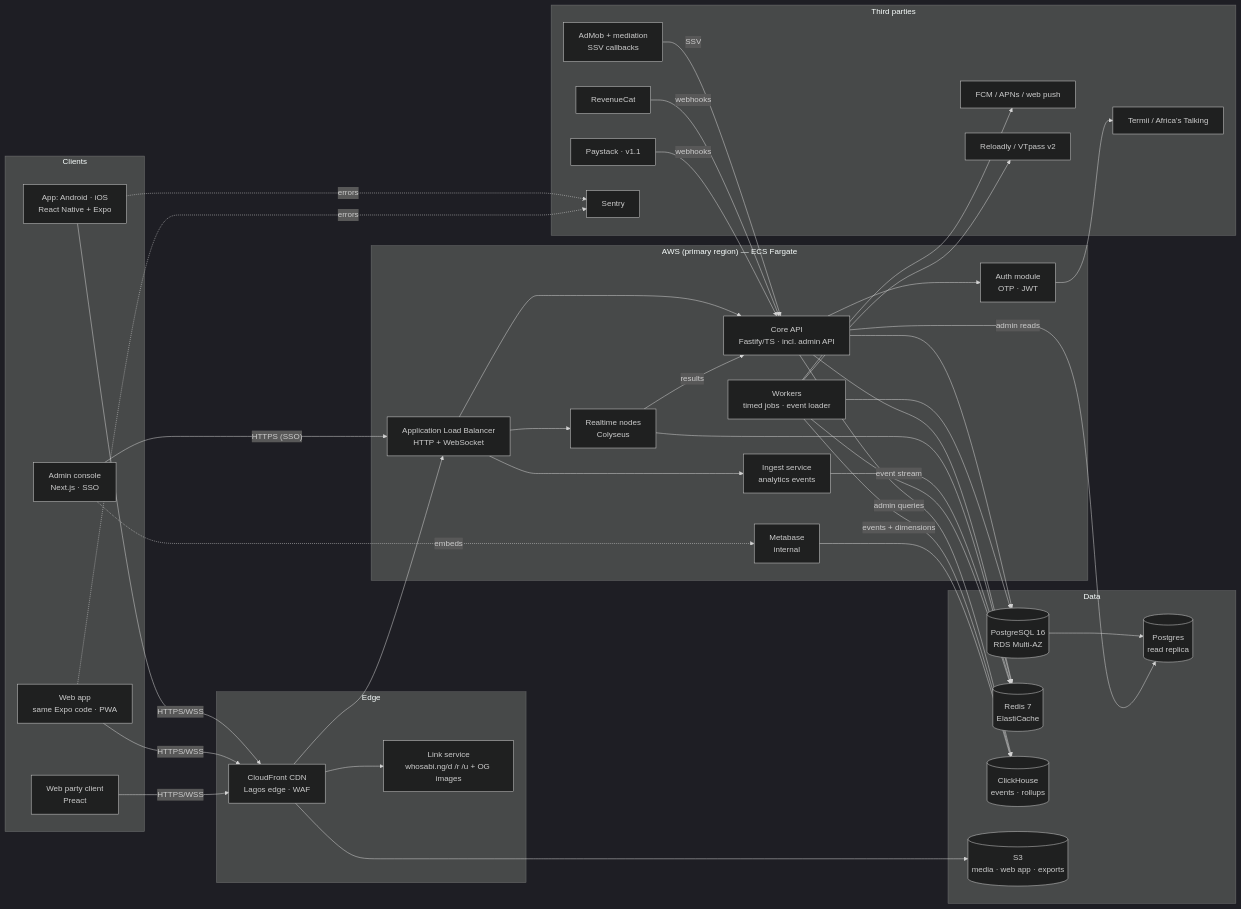
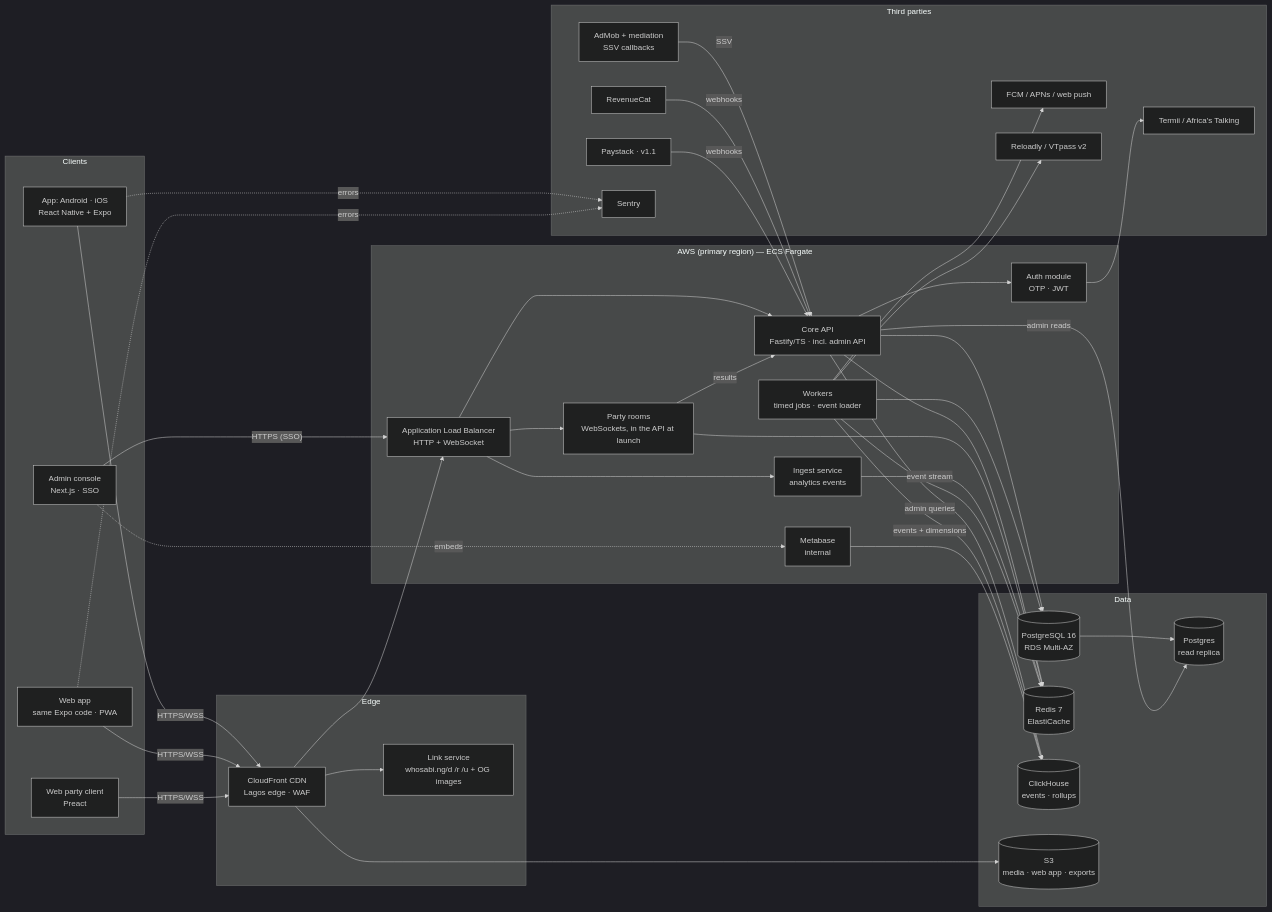
One commit to Realdiamond/Naija-Trivia changed the first of 4 diagrams in docs/07-system-architecture.md. Above: the diagram before and after it, drawn with Mermaid (dark theme). The commit also changed other lines of this file and 29 other files, not shown here.

````diff
--- a/docs/07-system-architecture.md
+++ b/docs/07-system-architecture.md
@@ -9,75 +9,75 @@
 ```mermaid
 flowchart LR
   subgraph Clients
     APP[App: Android · iOS<br/>React Native + Expo]
     WEBAPP[Web app<br/>same Expo code · PWA]
     WEB[Web party client<br/>Preact]
     ADMIN[Admin console<br/>Next.js · SSO]
   end
 
   subgraph Edge
     CF[CloudFront CDN<br/>Lagos edge · WAF]
     LINKS[Link service<br/>whosabi.ng/d /r /u + OG images]
   end
 
   subgraph AWS["AWS (primary region) — ECS Fargate"]
     ALB[Application Load Balancer<br/>HTTP + WebSocket]
     API[Core API<br/>Fastify/TS · incl. admin API]
-    RT[Realtime nodes<br/>Colyseus]
+    RT[Party rooms<br/>WebSockets, in the API at launch]
     WRK[Workers<br/>timed jobs · event loader]
     ING[Ingest service<br/>analytics events]
     AUTH[Auth module<br/>OTP · JWT]
     MB[Metabase<br/>internal]
   end
 
   subgraph Data
     PG[(PostgreSQL 16<br/>RDS Multi-AZ)]
     PGR[(Postgres<br/>read replica)]
     RDS[(Redis 7<br/>ElastiCache)]
     CH[(ClickHouse<br/>events · rollups)]
     S3[(S3<br/>media · web app · exports)]
   end
 
   subgraph ThirdParty[Third parties]
     SMS[Termii / Africa's Talking]
     FCM[FCM / APNs / web push]
     ADM[AdMob + mediation<br/>SSV callbacks]
     RC[RevenueCat]
     PSK[Paystack · v1.1]
     SEN[Sentry]
     AIR[Reloadly / VTpass v2]
   end
 
   APP -- HTTPS/WSS --> CF
   WEBAPP -- HTTPS/WSS --> CF
   WEB -- HTTPS/WSS --> CF
   ADMIN -- HTTPS (SSO) --> ALB
   CF --> ALB
   CF --> S3
   CF --> LINKS
   ALB --> API
   ALB --> RT
   ALB --> ING
   API --> PG
   PG --> PGR
   API --> RDS
   API -- admin reads --> PGR
   API -- admin queries --> CH
   RT --> RDS
   RT -- results --> API
   ING -- event stream --> RDS
   WRK --> PG
   WRK --> RDS
   WRK -- events + dimensions --> CH
   API --> AUTH
   AUTH --> SMS
   WRK --> FCM
   ADM -- SSV --> API
   RC -- webhooks --> API
   PSK -- webhooks --> API
   ADMIN -. embeds .-> MB
   MB --> CH
   APP -.errors.-> SEN
   WEBAPP -.errors.-> SEN
   WRK --> AIR
 ```
````
